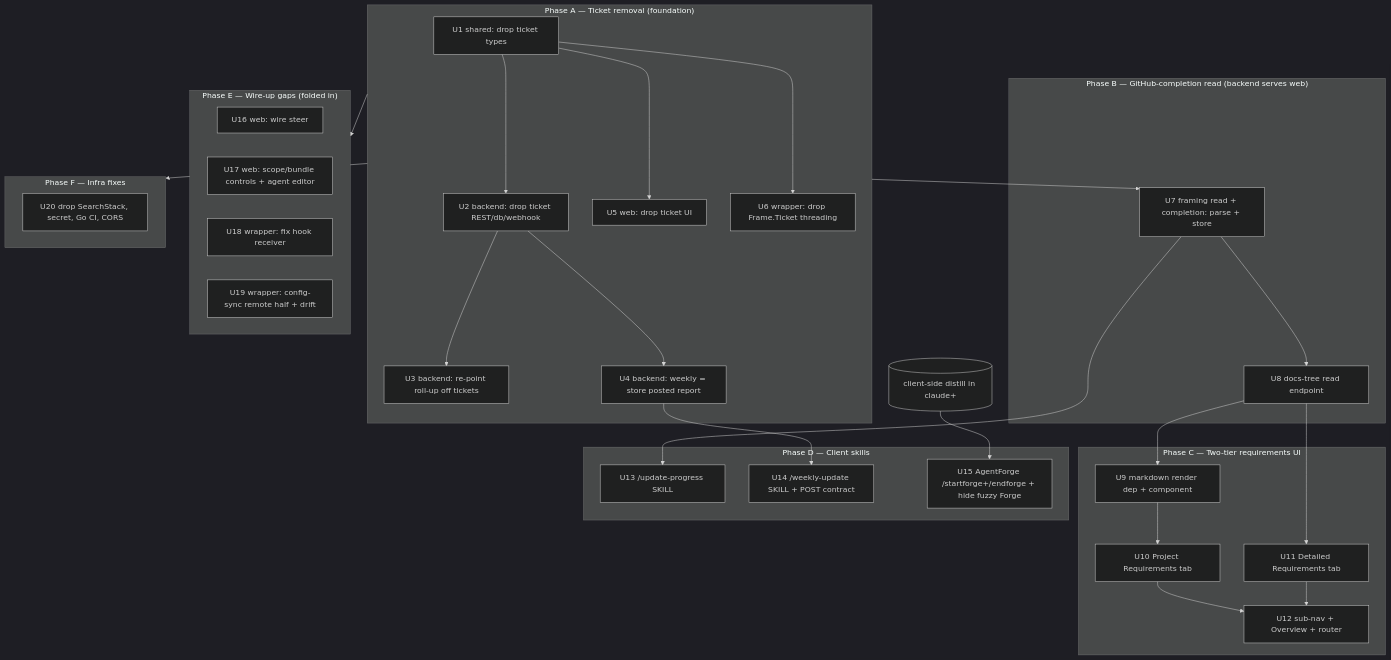
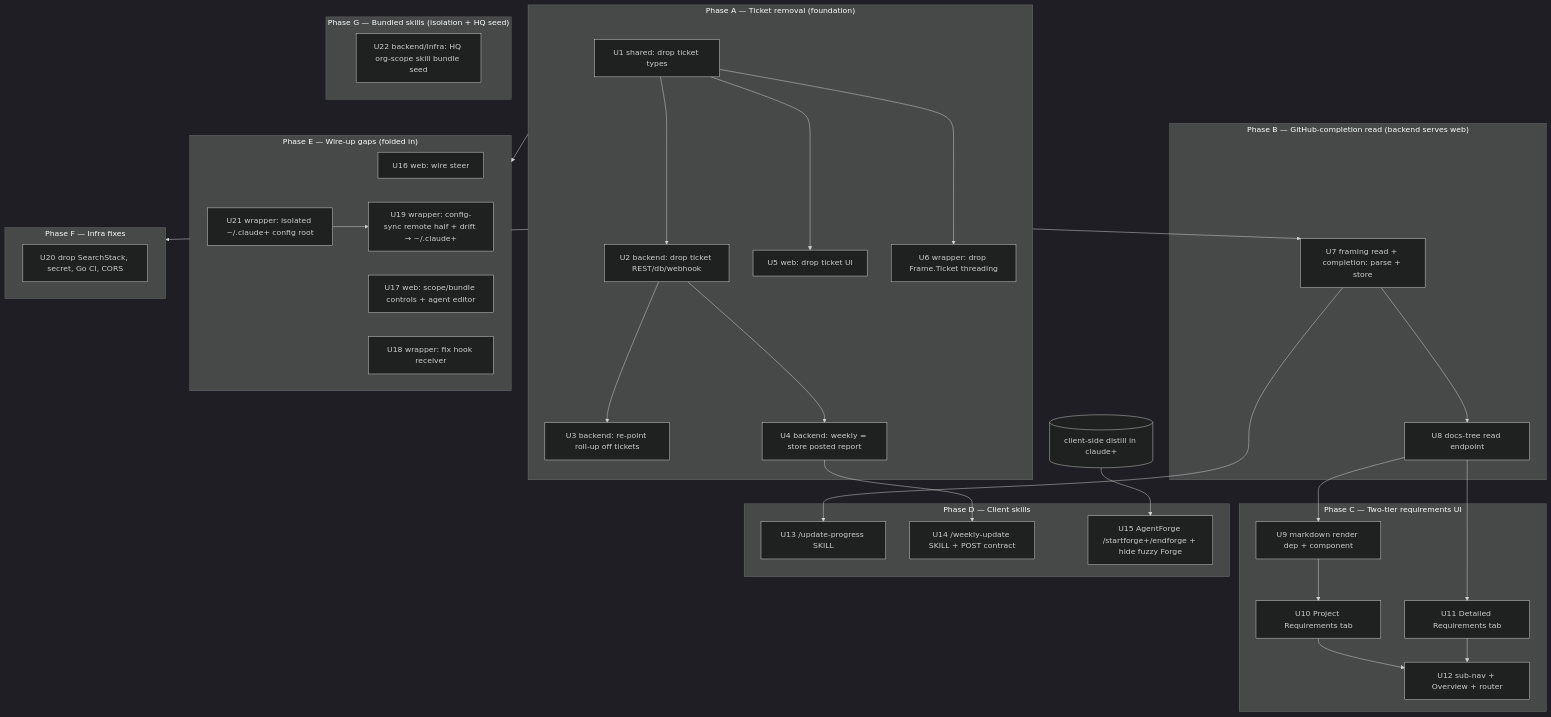
The diagram in docs/plans/2026-06-03-001-feat-command-hq-new-model-migration-plan.md (MatthewDaw/workflow_harness), drawn with Mermaid (dark theme) before and after one commit. The commit also changed other lines of this file and 13 other files, not shown here.

````diff
--- a/docs/plans/2026-06-03-001-feat-command-hq-new-model-migration-plan.md
+++ b/docs/plans/2026-06-03-001-feat-command-hq-new-model-migration-plan.md
@@ -68,49 +70,54 @@
 ```mermaid
 flowchart TD
   subgraph A["Phase A — Ticket removal (foundation)"]
     U1[U1 shared: drop ticket types]
     U2[U2 backend: drop ticket REST/db/webhook]
     U3[U3 backend: re-point roll-up off tickets]
     U4[U4 backend: weekly = store posted report]
     U5[U5 web: drop ticket UI]
     U6[U6 wrapper: drop Frame.Ticket threading]
   end
   subgraph B["Phase B — GitHub-completion read (backend serves web)"]
     U7[U7 framing read + completion: parse + store]
     U8[U8 docs-tree read endpoint]
   end
   subgraph C["Phase C — Two-tier requirements UI"]
     U9[U9 markdown render dep + component]
     U10[U10 Project Requirements tab]
     U11[U11 Detailed Requirements tab]
     U12[U12 sub-nav + Overview + router]
   end
   subgraph D["Phase D — Client skills"]
     U13[U13 /update-progress SKILL]
     U14[U14 /weekly-update SKILL + POST contract]
     U15[U15 AgentForge /startforge+/endforge + hide fuzzy Forge]
   end
   subgraph E["Phase E — Wire-up gaps (folded in)"]
     U16[U16 web: wire steer]
     U17[U17 web: scope/bundle controls + agent editor]
     U18[U18 wrapper: fix hook receiver]
-    U19[U19 wrapper: config-sync remote half + drift]
+    U19[U19 wrapper: config-sync remote half + drift → ~/.claude+]
+    U21[U21 wrapper: isolated ~/.claude+ config root]
   end
   subgraph F["Phase F — Infra fixes"]
     U20[U20 drop SearchStack, secret, Go CI, CORS]
   end
+  subgraph G["Phase G — Bundled skills (isolation + HQ seed)"]
+    U22[U22 backend/infra: HQ org-scope skill bundle seed]
+  end
+  U21-->U19
   U1-->U2-->U3
   U2-->U4
   U1-->U5
   U1-->U6
   A-->U7-->U8
   U8-->U9-->U10
   U8-->U11
   U10-->U12
   U11-->U12
   U7-->U13
   U4-->U14
   forge[(client-side distill in claude+)]-->U15
   A-->E
   A-->F
 ```
````
